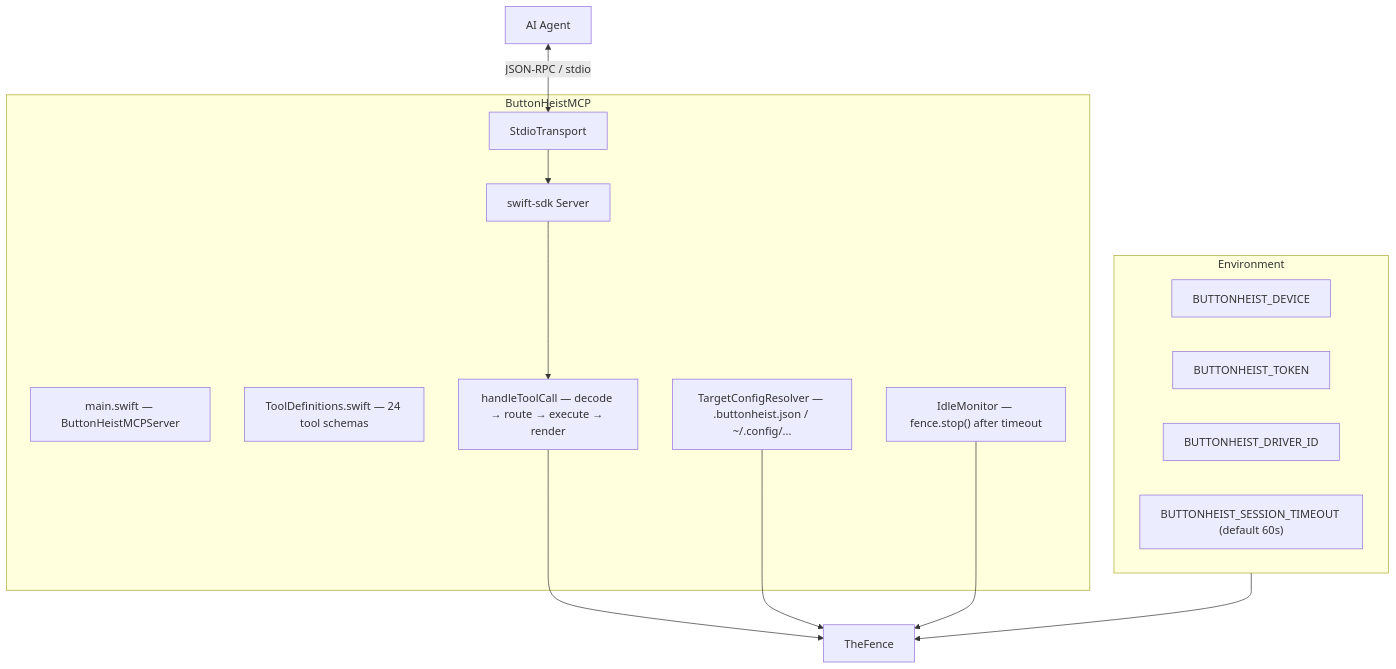
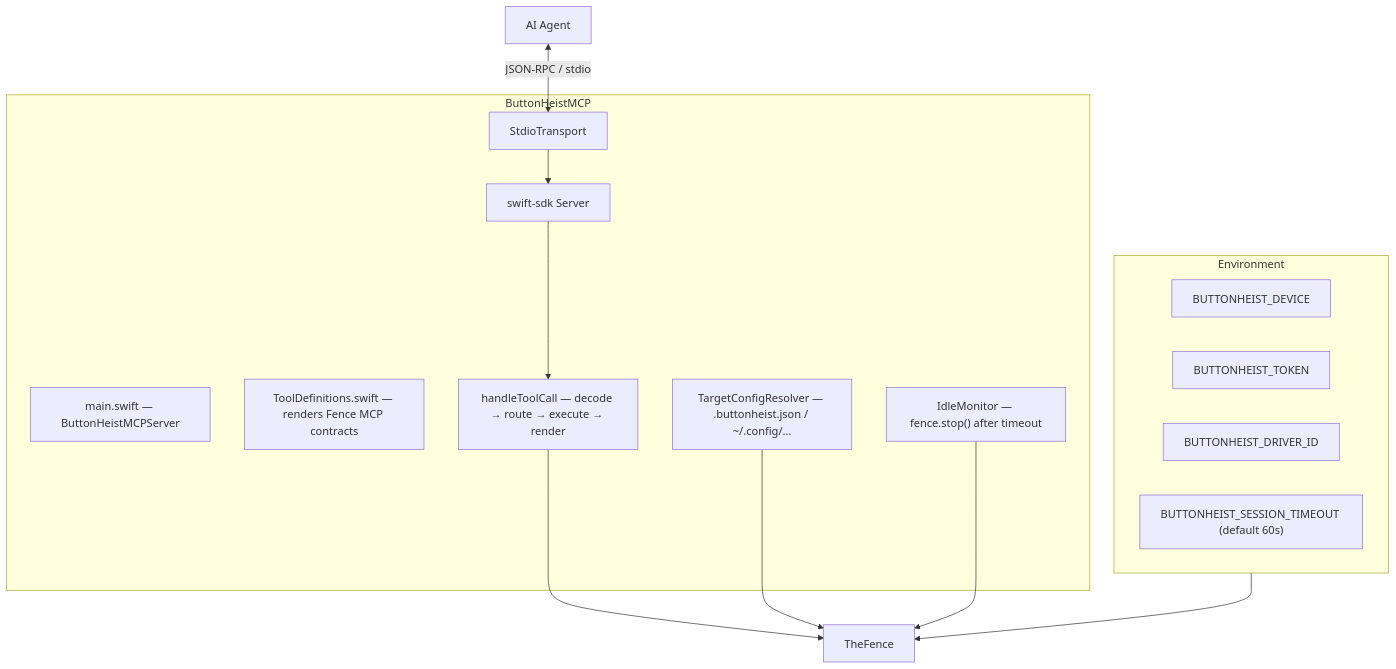
One commit to RoyalPineapple/TheButtonHeist changed the first of 2 diagrams in docs/dossiers/02-MCP.md. Above: the diagram before and after it, drawn with Mermaid. The commit also changed other lines of this file and 50 other files, not shown here.

````diff
--- a/docs/dossiers/02-MCP.md
+++ b/docs/dossiers/02-MCP.md
@@ -30,27 +30,27 @@
 ```mermaid
 graph TD
     subgraph MCP["ButtonHeistMCP"]
         Main["main.swift — ButtonHeistMCPServer"]
         Server["swift-sdk Server"]
         Transport["StdioTransport"]
-        Tools["ToolDefinitions.swift — 24 tool schemas"]
+        Tools["ToolDefinitions.swift — renders Fence MCP contracts"]
         Handler["handleToolCall — decode → route → execute → render"]
         Idle["IdleMonitor — fence.stop() after timeout"]
         Config["TargetConfigResolver — .buttonheist.json / ~/.config/..."]
     end
 
     subgraph Env["Environment"]
         Device["BUTTONHEIST_DEVICE"]
         Token["BUTTONHEIST_TOKEN"]
         Driver["BUTTONHEIST_DRIVER_ID"]
         Timeout["BUTTONHEIST_SESSION_TIMEOUT (default 60s)"]
     end
 
     Agent["AI Agent"] <-->|JSON-RPC / stdio| Transport
     Transport --> Server
     Server --> Handler
     Handler --> TheFence["TheFence"]
     Config --> TheFence
     Env --> TheFence
     Idle --> TheFence
 ```
````
